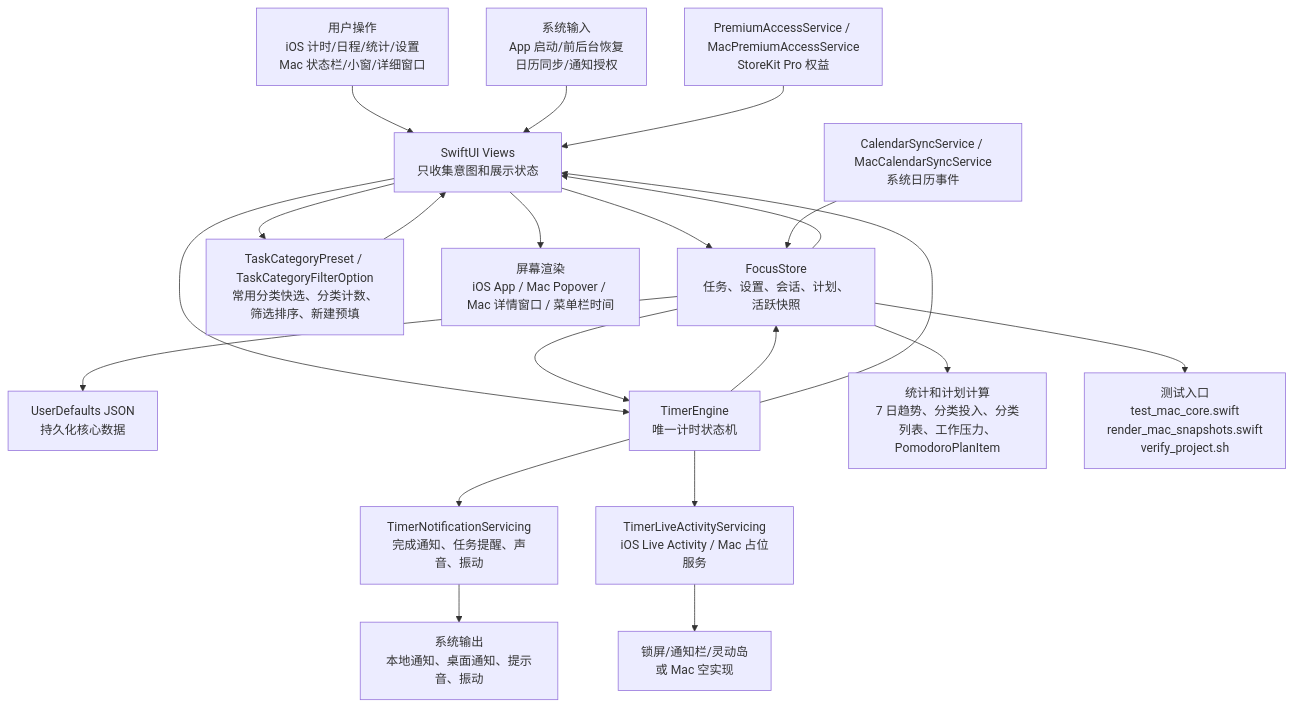
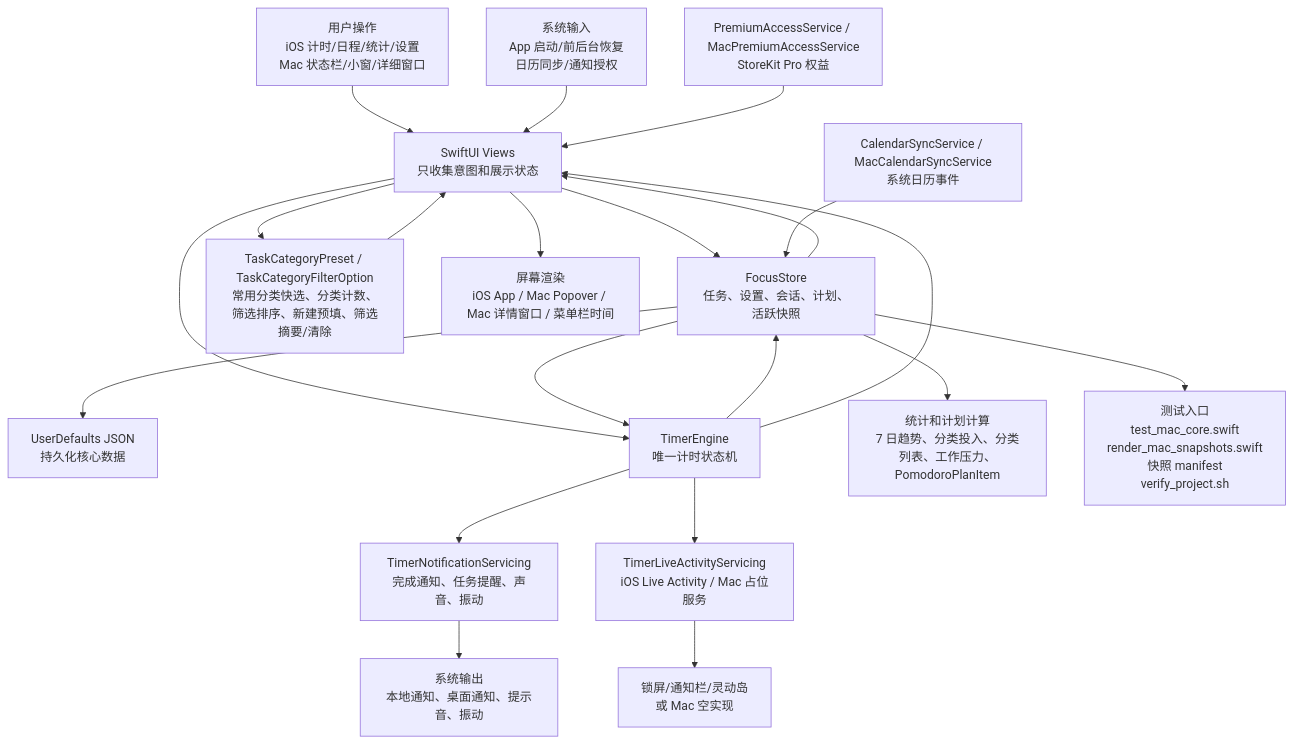
The first of 6 diagrams in md/flow/flowchart.md (Altman-sam114/114), drawn with Mermaid before and after one commit. The commit also changed other lines of this file and 10 other files, not shown here.

````diff
--- a/md/flow/flowchart.md
+++ b/md/flow/flowchart.md
@@ -9,23 +9,23 @@
 ```mermaid
 flowchart TD
   U["用户操作<br/>iOS 计时/日程/统计/设置<br/>Mac 状态栏/小窗/详细窗口"] --> V["SwiftUI Views<br/>只收集意图和展示状态"]
   SYS["系统输入<br/>App 启动/前后台恢复<br/>日历同步/通知授权"] --> V
   V --> S["FocusStore<br/>任务、设置、会话、计划、活跃快照"]
-  V --> CAT["TaskCategoryPreset / TaskCategoryFilterOption<br/>常用分类快选、分类计数、筛选排序、新建预填"]
+  V --> CAT["TaskCategoryPreset / TaskCategoryFilterOption<br/>常用分类快选、分类计数、筛选排序、新建预填、筛选摘要/清除"]
   CAT --> V
   S --> P["UserDefaults JSON<br/>持久化核心数据"]
   V --> E["TimerEngine<br/>唯一计时状态机"]
   S --> E
   E --> S
   E --> N["TimerNotificationServicing<br/>完成通知、任务提醒、声音、振动"]
   E --> L["TimerLiveActivityServicing<br/>iOS Live Activity / Mac 占位服务"]
   S --> C["统计和计划计算<br/>7 日趋势、分类投入、分类列表、工作压力、PomodoroPlanItem"]
   CAL["CalendarSyncService / MacCalendarSyncService<br/>系统日历事件"] --> S
   PRO["PremiumAccessService / MacPremiumAccessService<br/>StoreKit Pro 权益"] --> V
   S --> V
   E --> V
   V --> OUT["屏幕渲染<br/>iOS App / Mac Popover / Mac 详情窗口 / 菜单栏时间"]
   N --> OUT2["系统输出<br/>本地通知、桌面通知、提示音、振动"]
   L --> OUT3["锁屏/通知栏/灵动岛<br/>或 Mac 空实现"]
-  S --> T["测试入口<br/>test_mac_core.swift<br/>render_mac_snapshots.swift<br/>verify_project.sh"]
+  S --> T["测试入口<br/>test_mac_core.swift<br/>render_mac_snapshots.swift<br/>快照 manifest<br/>verify_project.sh"]
 ```
````
